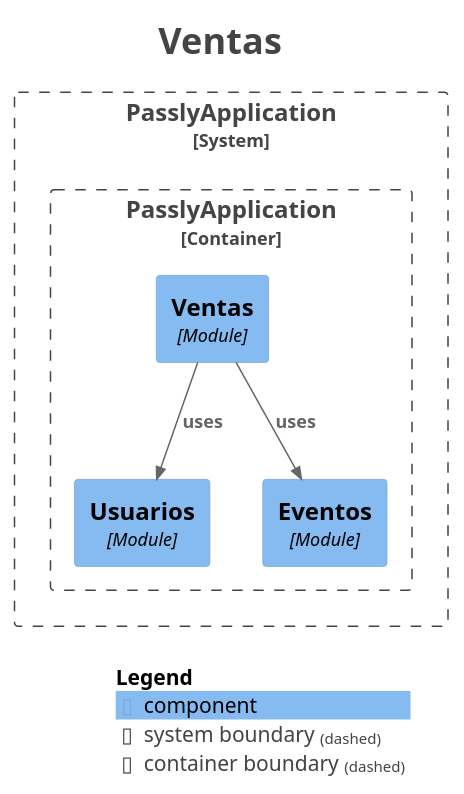
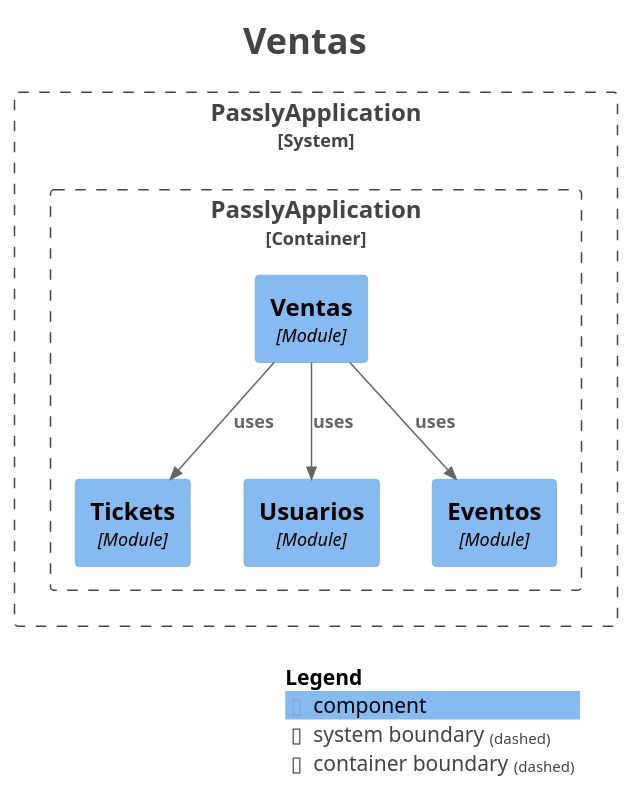
The diagram in docs/modulith/module-ventas.puml (SimonForteza/Passly), drawn with PlantUML before and after one commit. The commit also changed 35 other files, not shown here.

```diff
--- a/docs/modulith/module-ventas.puml
+++ b/docs/modulith/module-ventas.puml
@@ -1,32 +1,34 @@
 @startuml
 title <size:24>Ventas</size>
 
 set separator none
 top to bottom direction
 
 <style>
   root {
     BackgroundColor: #ffffff
     FontColor: #444444
   }
 </style>
 
 !include <C4/C4>
 !include <C4/C4_Context>
 !include <C4/C4_Component>
 
 System_Boundary("PasslyApplication_boundary", "PasslyApplication", $tags="") {
   Container_Boundary("PasslyApplication.PasslyApplication_boundary", "PasslyApplication", $tags="") {
+    Component(PasslyApplication.PasslyApplication.Ventas, "Ventas", $techn="Module", $descr="", $tags="", $link="")
+    Component(PasslyApplication.PasslyApplication.Tickets, "Tickets", $techn="Module", $descr="", $tags="", $link="")
     Component(PasslyApplication.PasslyApplication.Usuarios, "Usuarios", $techn="Module", $descr="", $tags="", $link="")
     Component(PasslyApplication.PasslyApplication.Eventos, "Eventos", $techn="Module", $descr="", $tags="", $link="")
-    Component(PasslyApplication.PasslyApplication.Ventas, "Ventas", $techn="Module", $descr="", $tags="", $link="")
   }
 
 }
 
 Rel(PasslyApplication.PasslyApplication.Ventas, PasslyApplication.PasslyApplication.Eventos, "uses", $techn="", $tags="", $link="")
+Rel(PasslyApplication.PasslyApplication.Ventas, PasslyApplication.PasslyApplication.Tickets, "uses", $techn="", $tags="", $link="")
 Rel(PasslyApplication.PasslyApplication.Ventas, PasslyApplication.PasslyApplication.Usuarios, "uses", $techn="", $tags="", $link="")
 
 SHOW_LEGEND(true)
 hide stereotypes
 @enduml
```
